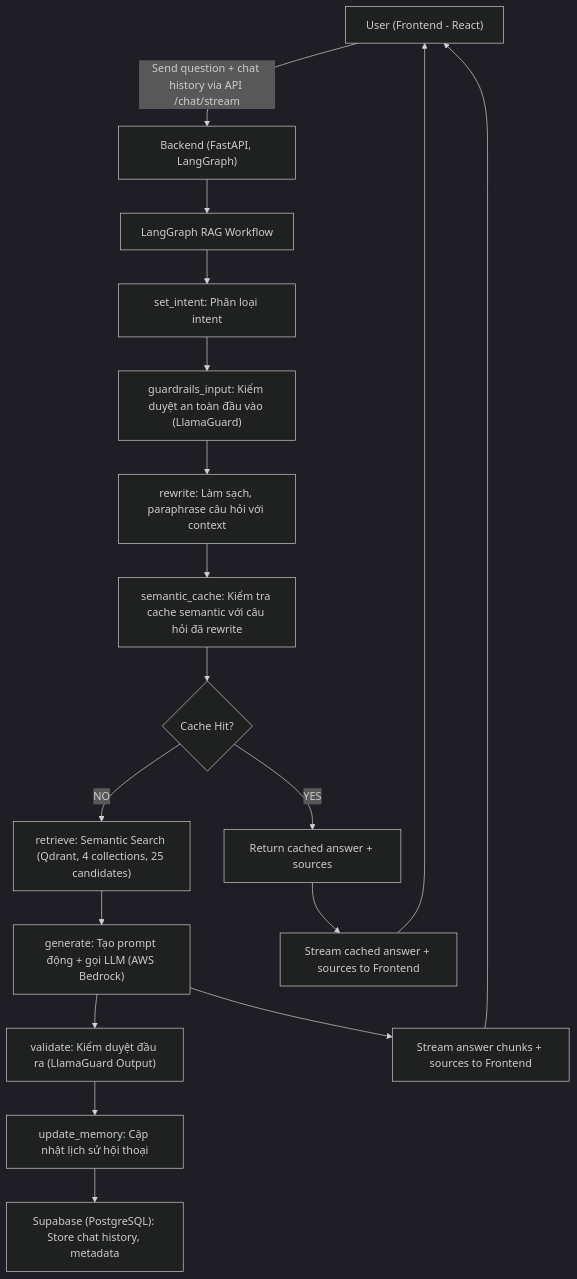
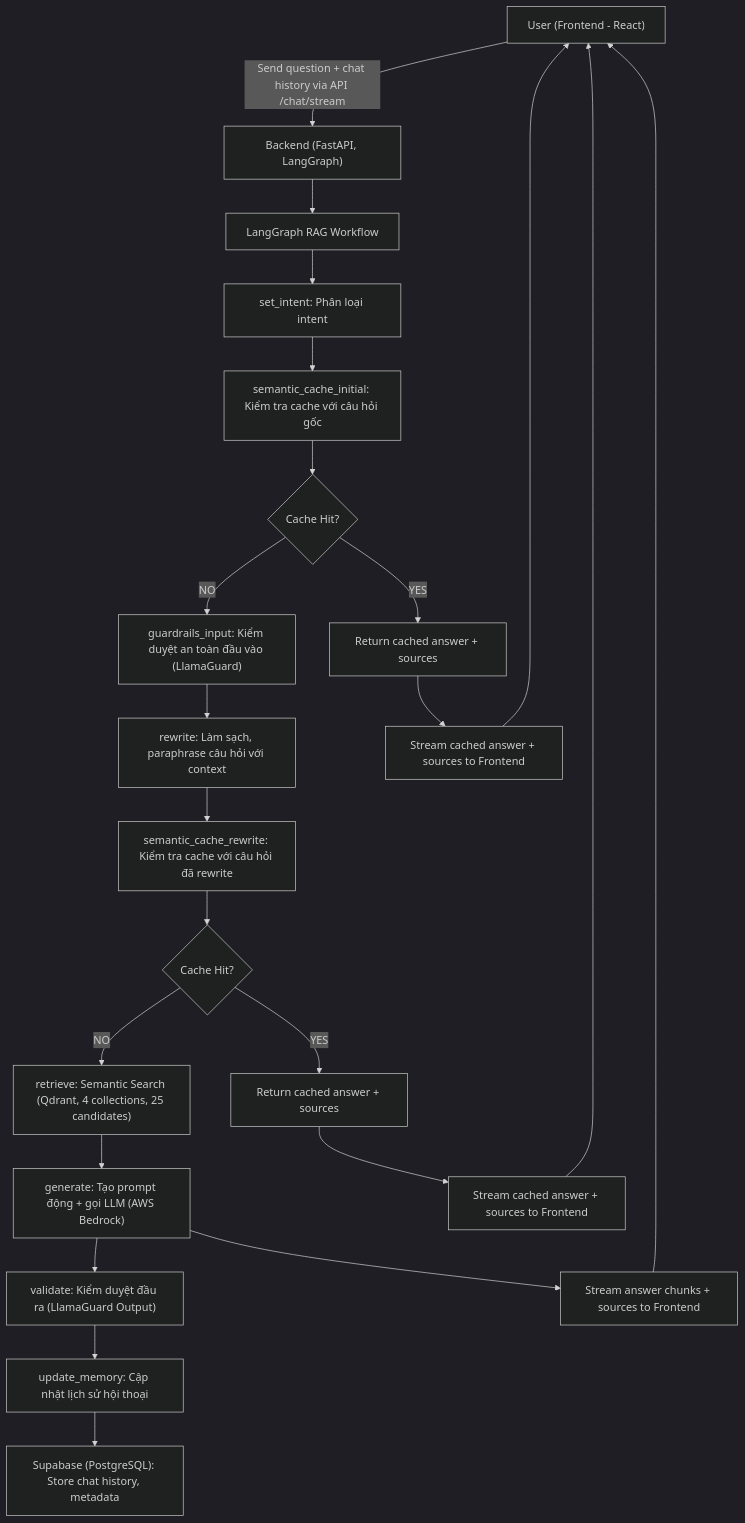
Before and after one commit to tuananhne1110/Cutru_chatbot: the first of 2 diagrams in docs/Workflow.md, drawn with Mermaid (dark theme). The commit also changed other lines of this file, not shown here.

````diff
--- a/docs/Workflow.md
+++ b/docs/Workflow.md
@@ -4,24 +4,31 @@
 ```mermaid
 graph TD;
   A["User (Frontend - React)"] -->|"Send question + chat history via API /chat/stream"| B["Backend (FastAPI, LangGraph)"]
   B --> C0["LangGraph RAG Workflow"]
   C0 --> C1["set_intent: Phân loại intent"]
-  C1 --> C2["guardrails_input: Kiểm duyệt an toàn đầu vào (LlamaGuard)"]
-  C2 --> C3["rewrite: Làm sạch, paraphrase câu hỏi với context"]
-  C3 --> C4["semantic_cache: Kiểm tra cache semantic với câu hỏi đã rewrite"]
+  C1 --> C2["semantic_cache_initial: Kiểm tra cache với câu hỏi gốc"]
   
-  C4 --> C5{Cache Hit?}
-  C5 -->|YES| C6["Return cached answer + sources"]
-  C5 -->|NO| C7["retrieve: Semantic Search (Qdrant, 4 collections, 25 candidates)"]
+  C2 --> C3{Cache Hit?}
+  C3 -->|YES| C4["Return cached answer + sources"]
+  C3 -->|NO| C5["guardrails_input: Kiểm duyệt an toàn đầu vào (LlamaGuard)"]
   
-  C7 --> C8["generate: Tạo prompt động + gọi LLM (AWS Bedrock)"]
-  C8 --> C9["validate: Kiểm duyệt đầu ra (LlamaGuard Output)"]
-  C9 --> C10["update_memory: Cập nhật lịch sử hội thoại"]
-  C10 --> D["Supabase (PostgreSQL): Store chat history, metadata"]
+  C5 --> C6["rewrite: Làm sạch, paraphrase câu hỏi với context"]
+  C6 --> C7["semantic_cache_rewrite: Kiểm tra cache với câu hỏi đã rewrite"]
   
-  C6 --> E["Stream cached answer + sources to Frontend"]
-  C8 --> F["Stream answer chunks + sources to Frontend"]
+  C7 --> C8{Cache Hit?}
+  C8 -->|YES| C9["Return cached answer + sources"]
+  C8 -->|NO| C10["retrieve: Semantic Search (Qdrant, 4 collections, 25 candidates)"]
+  
+  C10 --> C11["generate: Tạo prompt động + gọi LLM (AWS Bedrock)"]
+  C11 --> C12["validate: Kiểm duyệt đầu ra (LlamaGuard Output)"]
+  C12 --> C13["update_memory: Cập nhật lịch sử hội thoại"]
+  C13 --> D["Supabase (PostgreSQL): Store chat history, metadata"]
+  
+  C4 --> E["Stream cached answer + sources to Frontend"]
+  C9 --> F["Stream cached answer + sources to Frontend"]
+  C11 --> G["Stream answer chunks + sources to Frontend"]
   
   E --> A
   F --> A
+  G --> A
 ```
````
